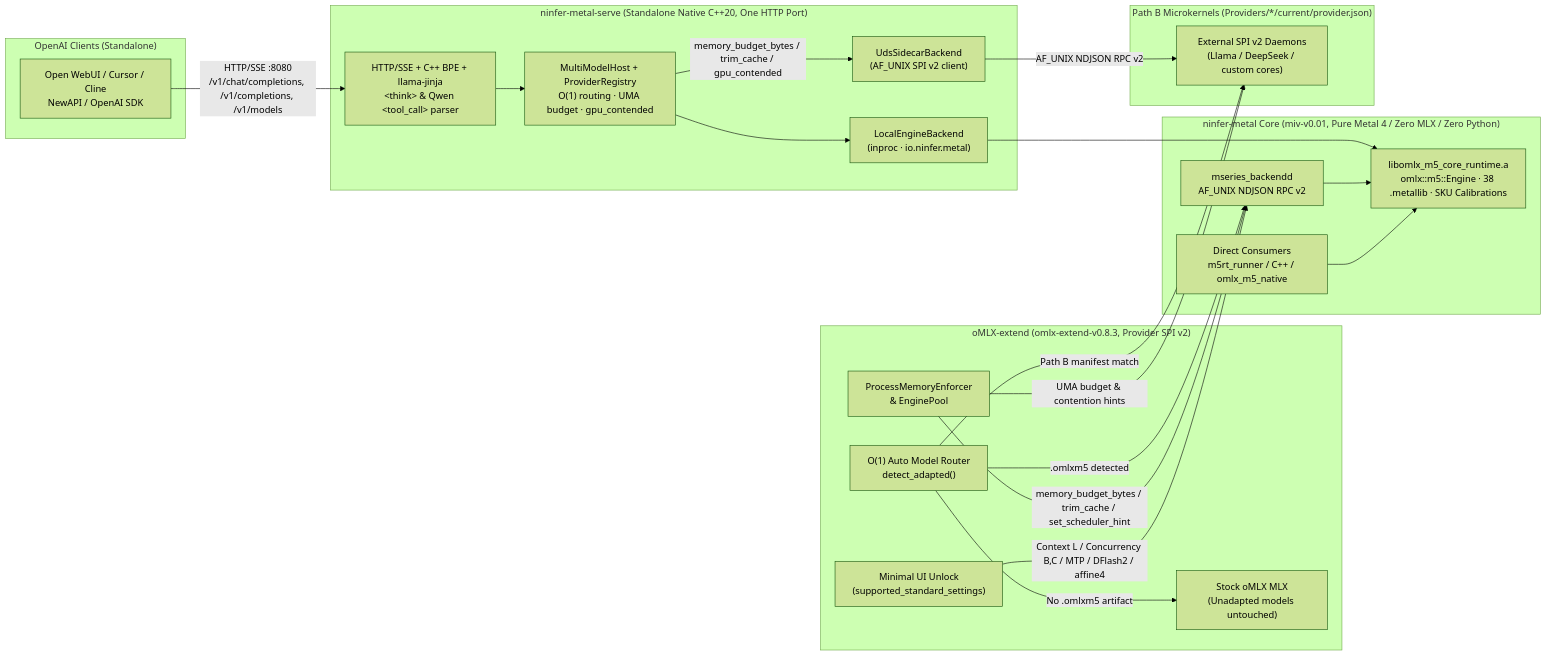
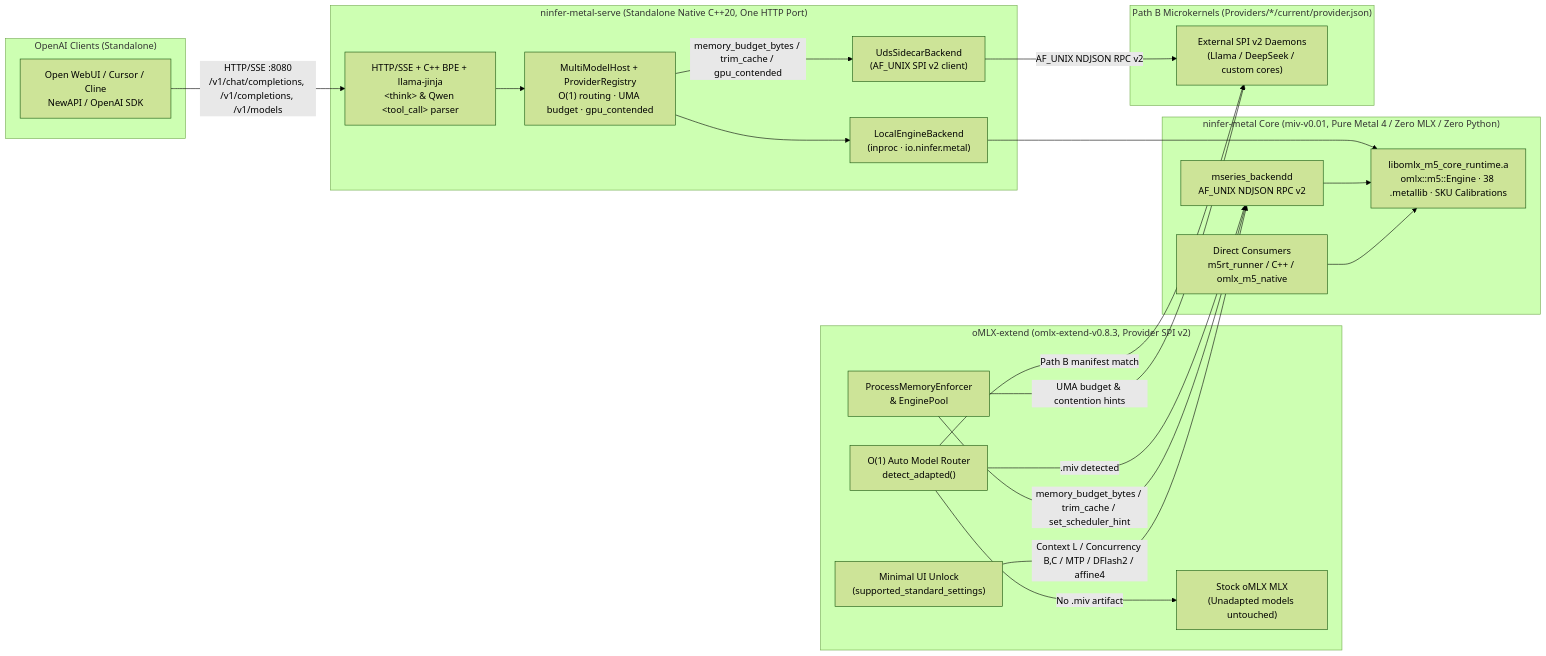
Before and after one commit to scoltzero/ninfer-metal: the diagram in docs/architecture.md, drawn with Mermaid (forest theme). The commit also changed other lines of this file and 118 other files, not shown here.

First line of the commit message:
feat(miv,omlx-extend,docs): add affine8 NAX pretile, dual-mode LoRA, and v0.02 MXFP8 roadmap

````diff
--- a/docs/architecture.md
+++ b/docs/architecture.md
@@ -11,45 +11,45 @@
 ```mermaid
 flowchart LR
     subgraph Clients["OpenAI Clients (Standalone)"]
         OAI["Open WebUI / Cursor / Cline<br/>NewAPI / OpenAI SDK"]
     end
 
     subgraph Host["oMLX-extend (omlx-extend-v0.8.3, Provider SPI v2)"]
         Router["O(1) Auto Model Router<br/>detect_adapted()"]
         Stock["Stock oMLX MLX<br/>(Unadapted models untouched)"]
         Enforcer["ProcessMemoryEnforcer<br/>& EnginePool"]
         UI["Minimal UI Unlock<br/>(supported_standard_settings)"]
     end
 
     subgraph ServeHost["ninfer-metal-serve (Standalone Native C++20, One HTTP Port)"]
         Serve["HTTP/SSE + C++ BPE + llama-jinja<br/>&lt;think&gt; &amp; Qwen &lt;tool_call&gt; parser"]
         MultiHost["MultiModelHost + ProviderRegistry<br/>O(1) routing · UMA budget · gpu_contended"]
         InProc["LocalEngineBackend<br/>(inproc · io.ninfer.metal)"]
         UdsClient["UdsSidecarBackend<br/>(AF_UNIX SPI v2 client)"]
     end
 
     subgraph Core["ninfer-metal Core (miv-v0.01, Pure Metal 4 / Zero MLX / Zero Python)"]
         Daemon["mseries_backendd<br/>AF_UNIX NDJSON RPC v2"]
         Direct["Direct Consumers<br/>m5rt_runner / C++ / omlx_m5_native"]
         Runtime["libomlx_m5_core_runtime.a<br/>omlx::m5::Engine · 38 .metallib · SKU Calibrations"]
     end
 
     subgraph PathB["Path B Microkernels (Providers/*/current/provider.json)"]
         SidecarB["External SPI v2 Daemons<br/>(Llama / DeepSeek / custom cores)"]
     end
 
     OAI -- "HTTP/SSE :8080<br/>/v1/chat/completions, /v1/completions, /v1/models" --> Serve
     Serve --> MultiHost
     MultiHost --> InProc
     MultiHost -- "memory_budget_bytes / trim_cache / gpu_contended" --> UdsClient
     InProc --> Runtime
     UdsClient -- "AF_UNIX NDJSON RPC v2" --> SidecarB
-    Router -- "No .omlxm5 artifact" --> Stock
-    Router -- ".omlxm5 detected" --> Daemon
+    Router -- "No .miv artifact" --> Stock
+    Router -- ".miv detected" --> Daemon
     Router -- "Path B manifest match" --> SidecarB
     Enforcer -- "memory_budget_bytes / trim_cache / set_scheduler_hint" --> Daemon
     Enforcer -- "UMA budget & contention hints" --> SidecarB
     UI -- "Context L / Concurrency B,C / MTP / DFlash2 / affine4" --> Daemon
     Daemon --> Runtime
     Direct --> Runtime
 ```
````
